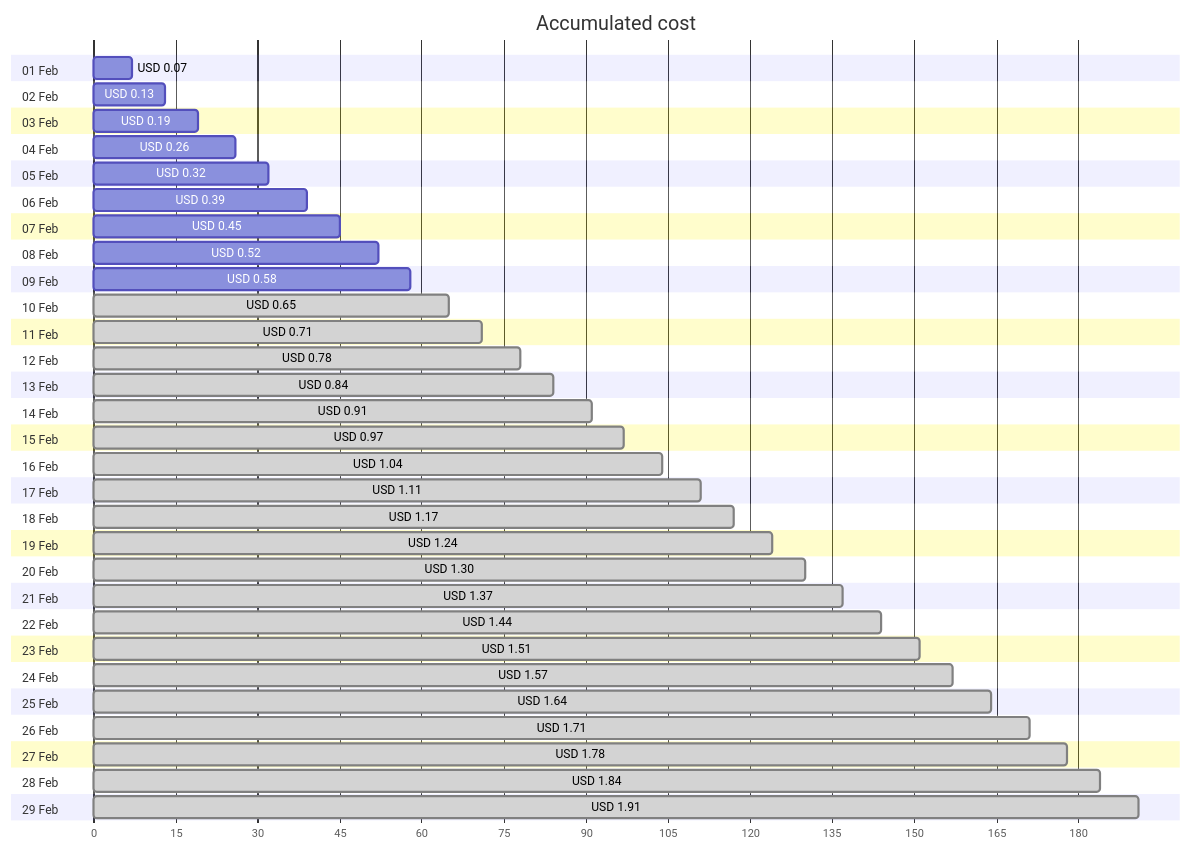
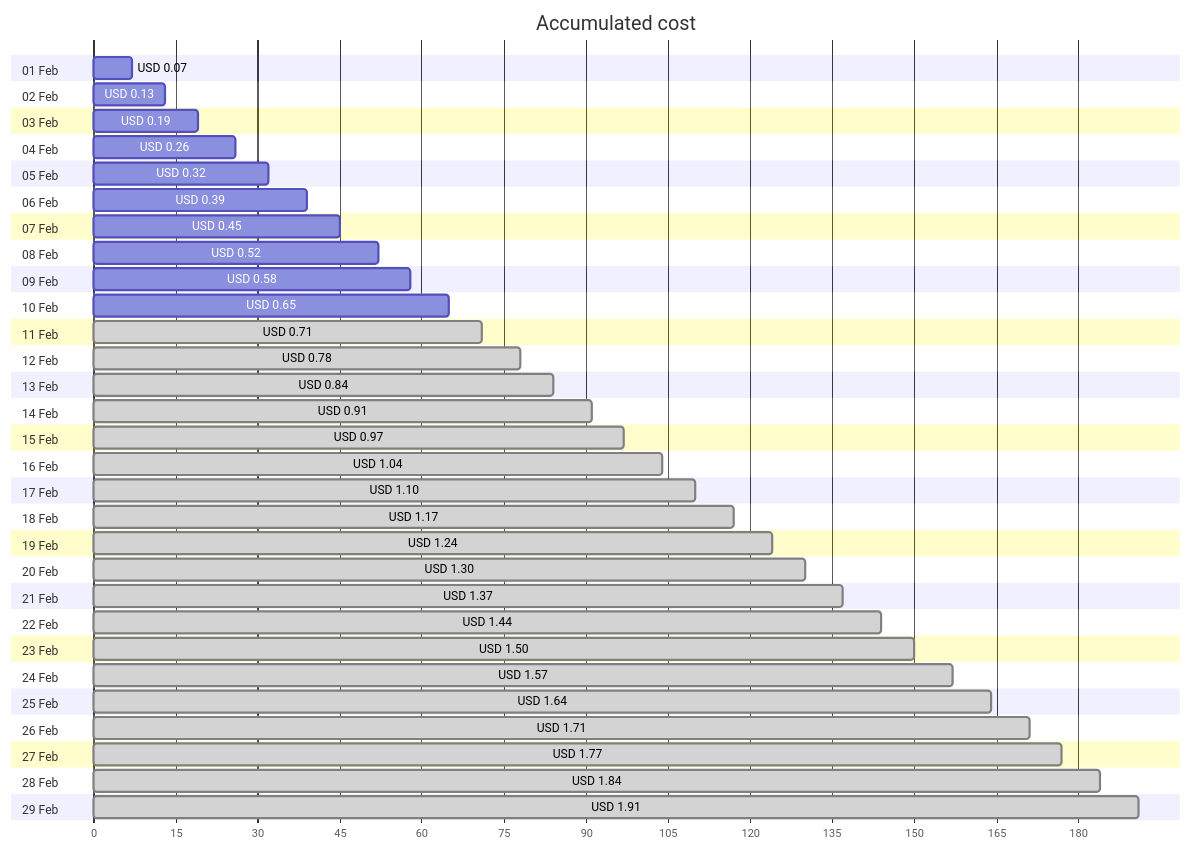
Before and after one commit to jpfulton/azure-personal-reports: the first of 4 diagrams in cost-reports/personal-network/backup-server_OsDisk.md, drawn with Mermaid. The commit also changed other lines of this file and 8 other files, not shown here.

````diff
--- a/cost-reports/personal-network/backup-server_OsDisk.md
+++ b/cost-reports/personal-network/backup-server_OsDisk.md
@@ -20,64 +20,64 @@
 ```mermaid
 gantt
    title Accumulated cost
    dateFormat  X
    axisFormat %s
    section 01 Feb
    USD 0.07 :0, 7
    section 02 Feb
    USD 0.13 :0, 13
    section 03 Feb
    USD 0.19 :0, 19
    section 04 Feb
    USD 0.26 :0, 26
    section 05 Feb
    USD 0.32 :0, 32
    section 06 Feb
    USD 0.39 :0, 39
    section 07 Feb
    USD 0.45 :0, 45
    section 08 Feb
    USD 0.52 :0, 52
    section 09 Feb
    USD 0.58 :0, 58
    section 10 Feb
-   USD 0.65 : done, 0, 65
+   USD 0.65 :0, 65
    section 11 Feb
    USD 0.71 : done, 0, 71
    section 12 Feb
    USD 0.78 : done, 0, 78
    section 13 Feb
    USD 0.84 : done, 0, 84
    section 14 Feb
    USD 0.91 : done, 0, 91
    section 15 Feb
    USD 0.97 : done, 0, 97
    section 16 Feb
    USD 1.04 : done, 0, 104
    section 17 Feb
-   USD 1.11 : done, 0, 111
+   USD 1.10 : done, 0, 110
    section 18 Feb
    USD 1.17 : done, 0, 117
    section 19 Feb
    USD 1.24 : done, 0, 124
    section 20 Feb
    USD 1.30 : done, 0, 130
    section 21 Feb
    USD 1.37 : done, 0, 137
    section 22 Feb
    USD 1.44 : done, 0, 144
    section 23 Feb
-   USD 1.51 : done, 0, 151
+   USD 1.50 : done, 0, 150
    section 24 Feb
    USD 1.57 : done, 0, 157
    section 25 Feb
    USD 1.64 : done, 0, 164
    section 26 Feb
    USD 1.71 : done, 0, 171
    section 27 Feb
-   USD 1.78 : done, 0, 178
+   USD 1.77 : done, 0, 177
    section 28 Feb
    USD 1.84 : done, 0, 184
    section 29 Feb
    USD 1.91 : done, 0, 191
 ```
````
